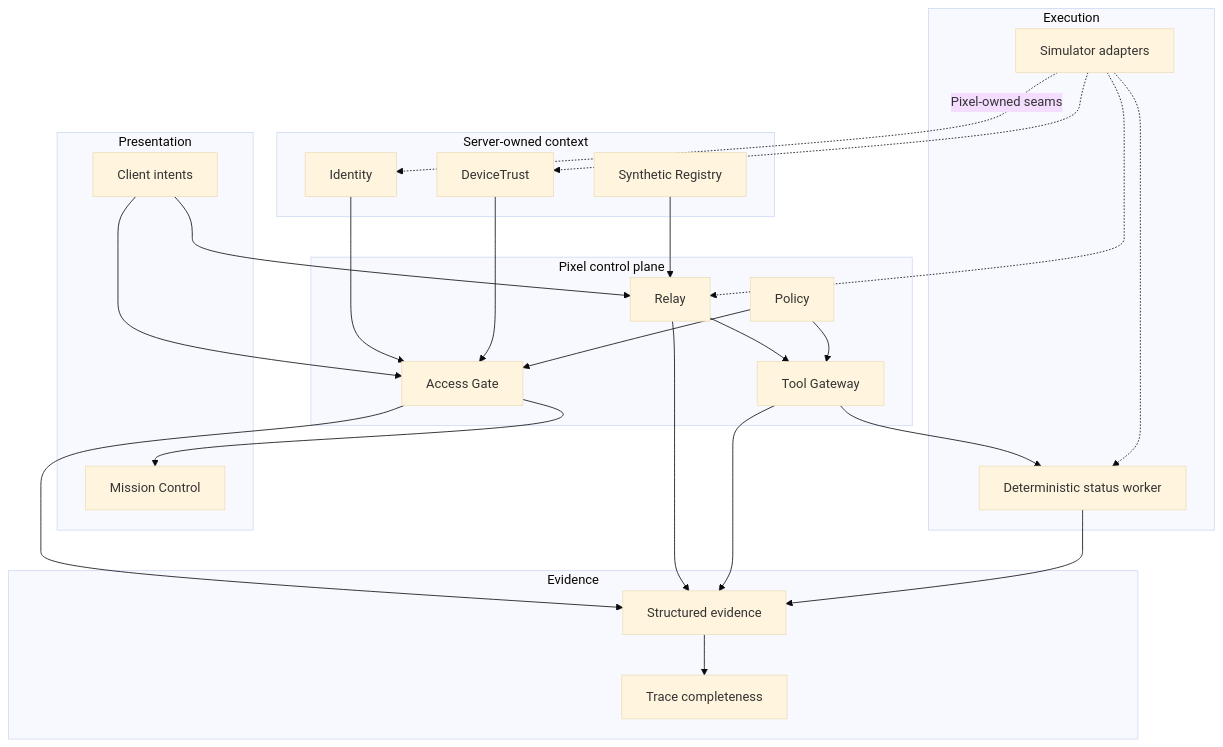
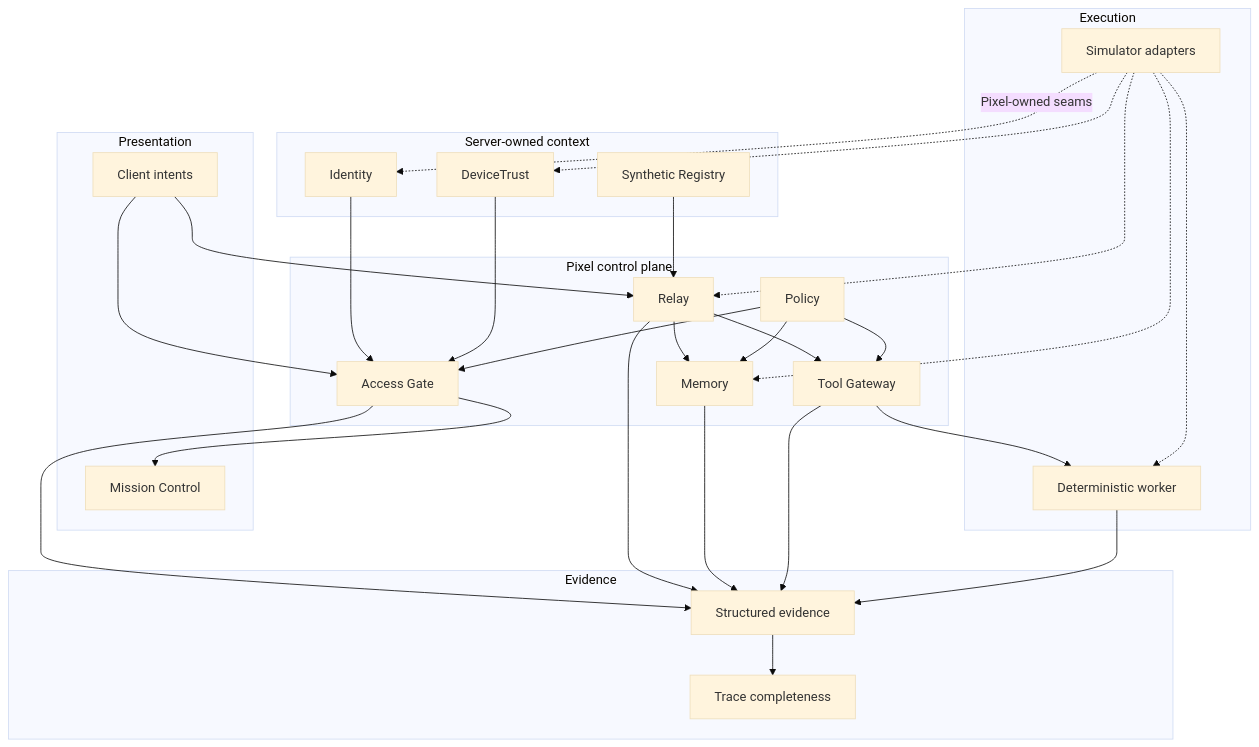
The diagram in ARCHITECTURE.md (GrimClawBot/Pixel-HQ-OSS), drawn with Mermaid (base theme) before and after one commit. The commit also changed other lines of this file and 21 other files, not shown here.

````diff
--- a/ARCHITECTURE.md
+++ b/ARCHITECTURE.md
@@ -11,53 +11,58 @@
 ```mermaid
 flowchart TB
     subgraph Presentation
       MC[Mission Control]
       CL[Client intents]
     end
 
     subgraph ControlPlane[Pixel control plane]
       AG[Access Gate]
       R[Relay]
+      M[Memory]
       TG[Tool Gateway]
       POL[Policy]
     end
 
     subgraph Context[Server-owned context]
       ID[Identity]
       DT[DeviceTrust]
       REG[Synthetic Registry]
     end
 
     subgraph Execution
-      WK[Deterministic status worker]
+      WK[Deterministic worker]
       SIM[Simulator adapters]
     end
 
     subgraph Evidence
       EV[Structured evidence]
       TC[Trace completeness]
     end
 
     CL --> AG
     ID --> AG
     DT --> AG
     POL --> AG
     AG --> MC
 
     CL --> R
     REG --> R
+    R --> M
     R --> TG
+    POL --> M
     POL --> TG
     TG --> WK
 
     SIM -. Pixel-owned seams .-> ID
     SIM -.-> DT
     SIM -.-> R
+    SIM -.-> M
     SIM -.-> WK
 
     AG --> EV
     R --> EV
+    M --> EV
     TG --> EV
     WK --> EV
     EV --> TC
 ```
````
